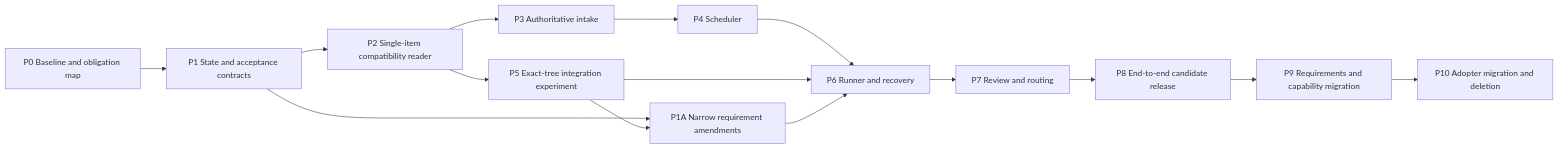
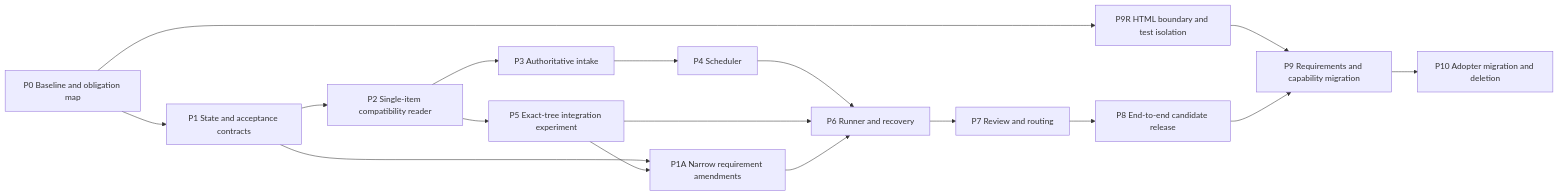
One commit to diytechy/ai-template changed the diagram in docs/ai-template-redesign-2026-09-05-codex/IMPLEMENTATION.md. Above: the diagram before and after it, drawn with Mermaid. The commit also changed other lines of this file and 4 other files, not shown here.

````diff
--- a/docs/ai-template-redesign-2026-09-05-codex/IMPLEMENTATION.md
+++ b/docs/ai-template-redesign-2026-09-05-codex/IMPLEMENTATION.md
@@ -45,17 +45,19 @@
 ```mermaid
 flowchart LR
     P0[P0 Baseline and obligation map] --> P1[P1 State and acceptance contracts]
+    P0 --> PR[P9R HTML boundary and test isolation]
+    PR --> P9
     P1 --> PA[P1A Narrow requirement amendments]
     P1 --> P2[P2 Single-item compatibility reader]
     P2 --> P3[P3 Authoritative intake]
     P3 --> P4[P4 Scheduler]
     P2 --> P5[P5 Exact-tree integration experiment]
     P4 --> P6[P6 Runner and recovery]
     P5 --> PA
     P5 --> P6
     PA --> P6
     P6 --> P7[P7 Review and routing]
     P7 --> P8[P8 End-to-end candidate release]
     P8 --> P9[P9 Requirements and capability migration]
     P9 --> P10[P10 Adopter migration and deletion]
 ```
````
